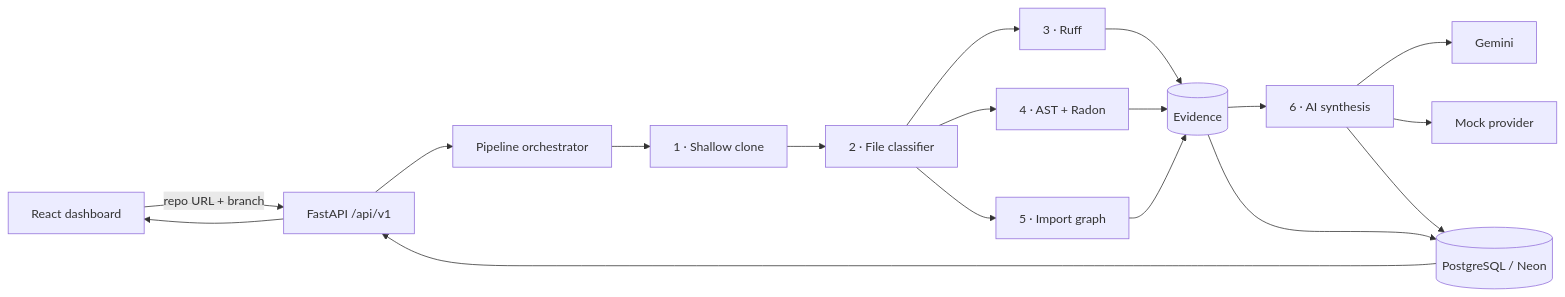
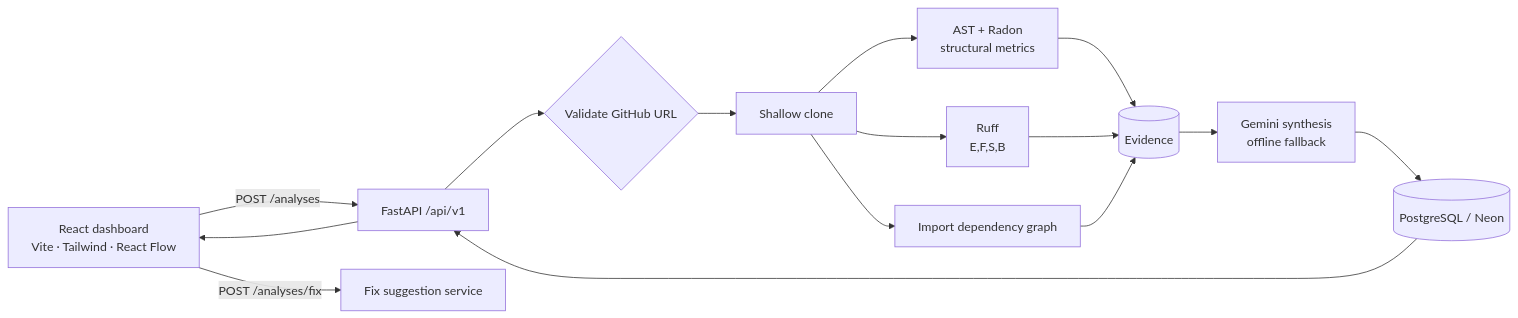
Before and after one commit to ShashankSingh2020/AI-code-review: the diagram in README.md, drawn with Mermaid. The commit also changed other lines of this file, not shown here.

````diff
--- a/README.md
+++ b/README.md
@@ -34,20 +31,17 @@
 ```mermaid
 flowchart LR
-    UI[React dashboard] -->|repo URL + branch| API[FastAPI /api/v1]
-    API --> ORCH[Pipeline orchestrator]
-    ORCH --> CL[1 · Shallow clone]
-    CL --> FC[2 · File classifier]
-    FC --> RUFF[3 · Ruff]
-    FC --> AST[4 · AST + Radon]
-    FC --> DEP[5 · Import graph]
-    RUFF --> EV[(Evidence)]
-    AST --> EV
+    UI[React dashboard<br/>Vite · Tailwind · React Flow] -->|POST /analyses| API[FastAPI /api/v1]
+    API --> V{Validate GitHub URL}
+    V --> CL[Shallow clone]
+    CL --> AST[AST + Radon<br/>structural metrics]
+    CL --> RUFF[Ruff<br/>E,F,S,B]
+    CL --> DEP[Import dependency graph]
+    AST --> EV[(Evidence)]
+    RUFF --> EV
     DEP --> EV
-    EV --> AI[6 · AI synthesis]
-    AI --> G[Gemini]
-    AI --> M[Mock provider]
-    EV --> DB[(PostgreSQL / Neon)]
-    AI --> DB
+    EV --> AI[Gemini synthesis<br/>offline fallback]
+    AI --> DB[(PostgreSQL / Neon)]
     DB --> API
     API --> UI
+    UI -->|POST /analyses/fix| FIX[Fix suggestion service]
 ```
````
